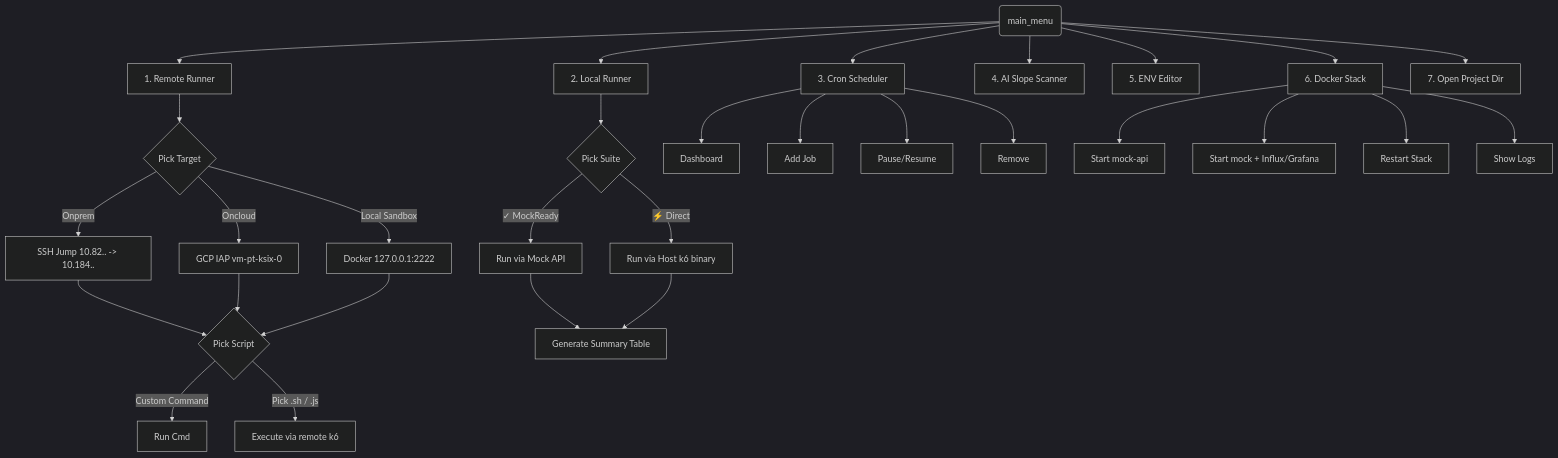
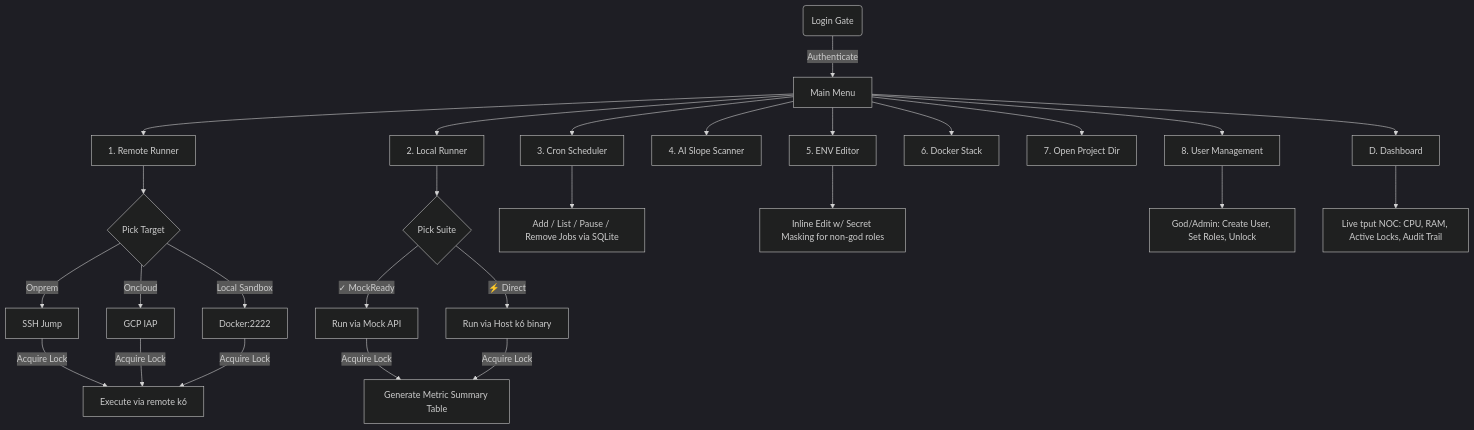
One commit to termaulmaul/growin_performancetest changed the diagram in README.md. Above: the diagram before and after it, drawn with Mermaid (dark theme). The commit also changed other lines of this file and 3 other files, not shown here.

````diff
--- a/README.md
+++ b/README.md
@@ -19,33 +34,29 @@
 ```mermaid
 flowchart TD
-    A(main_menu) --> B[1. Remote Runner]
-    A --> C[2. Local Runner]
-    A --> D[3. Cron Scheduler]
-    A --> E[4. AI Slope Scanner]
-    A --> F[5. ENV Editor]
-    A --> G[6. Docker Stack]
-    A --> H[7. Open Project Dir]
+    A(Login Gate) -->|Authenticate| B[Main Menu]
+    B --> C[1. Remote Runner]
+    B --> D[2. Local Runner]
+    B --> E[3. Cron Scheduler]
+    B --> F[4. AI Slope Scanner]
+    B --> G[5. ENV Editor]
+    B --> H[6. Docker Stack]
+    B --> I[7. Open Project Dir]
+    B --> J[8. User Management]
+    B --> K[D. Dashboard]
 
-    B --> B1{Pick Target}
-    B1 -->|Onprem| B2[SSH Jump 10.82.. -> 10.184..]
-    B1 -->|Oncloud| B3[GCP IAP vm-pt-ksix-0]
-    B1 -->|Local Sandbox| B4[Docker 127.0.0.1:2222]
-    B2 & B3 & B4 --> B5{Pick Script}
-    B5 -->|Custom Command| B6[Run Cmd]
-    B5 -->|Pick .sh / .js| B7[Execute via remote k6]
+    C --> C1{Pick Target}
+    C1 -->|Onprem| C2[SSH Jump]
+    C1 -->|Oncloud| C3[GCP IAP]
+    C1 -->|Local Sandbox| C4[Docker:2222]
+    C2 & C3 & C4 -->|Acquire Lock| C5[Execute via remote k6]
 
-    C --> C1{Pick Suite}
-    C1 -->|✓ MockReady| C2[Run via Mock API]
-    C1 -->|⚡ Direct| C3[Run via Host k6 binary]
-    C2 & C3 --> C4[Generate Summary Table]
+    D --> D1{Pick Suite}
+    D1 -->|✓ MockReady| D2[Run via Mock API]
+    D1 -->|⚡ Direct| D3[Run via Host k6 binary]
+    D2 & D3 -->|Acquire Lock| D4[Generate Metric Summary Table]
 
-    D --> D1[Dashboard]
-    D --> D2[Add Job]
-    D --> D3[Pause/Resume]
-    D --> D4[Remove]
-
-    G --> G1[Start mock-api]
-    G --> G2[Start mock + Influx/Grafana]
-    G --> G3[Restart Stack]
-    G --> G4[Show Logs]
+    E --> E1[Add / List / Pause / Remove Jobs via SQLite]
+    G --> G1[Inline Edit w/ Secret Masking for non-god roles]
+    J --> J1[God/Admin: Create User, Set Roles, Unlock]
+    K --> K1[Live tput NOC: CPU, RAM, Active Locks, Audit Trail]
 ```
````
